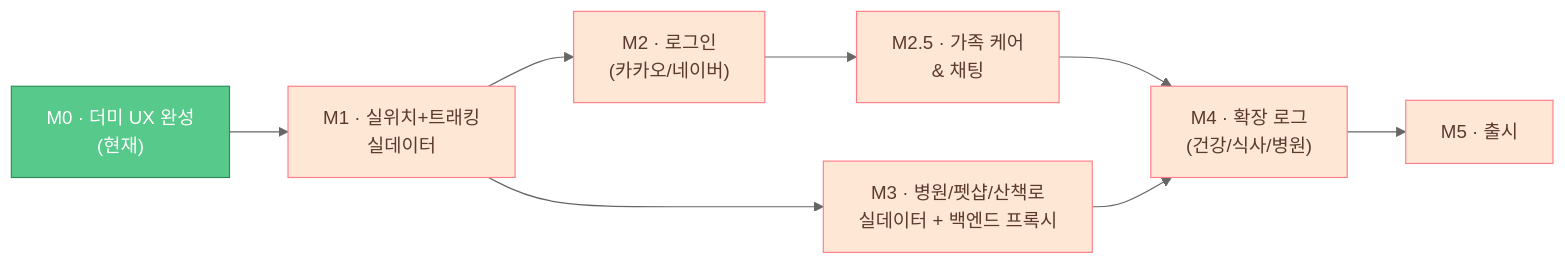
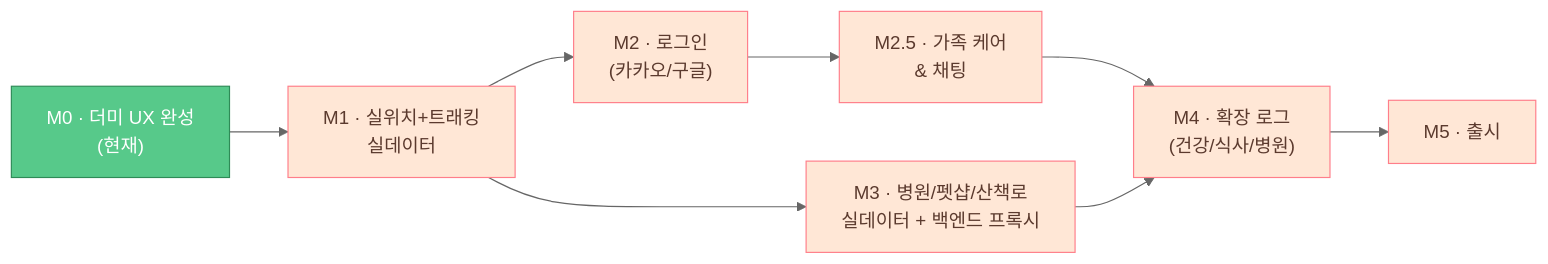
Before and after one commit to sanghyunbang/pawloop: the diagram in docs/05-build/roadmap.md, drawn with Mermaid (neutral theme). The commit also changed other lines of this file and 1 other file, not shown here.

First line of the commit message:
docs(build): 로드맵 M2 를 카카오·구글로 맞추고 "로그인 미구현" 을 걷어냅니다

````diff
--- a/docs/05-build/roadmap.md
+++ b/docs/05-build/roadmap.md
@@ -188,15 +189,15 @@
 ```mermaid
 flowchart LR
     M0["M0 · 더미 UX 완성<br/>(현재)"] --> M1["M1 · 실위치+트래킹<br/>실데이터"]
-    M1 --> M2["M2 · 로그인<br/>(카카오/네이버)"]
+    M1 --> M2["M2 · 로그인<br/>(카카오/구글)"]
     M1 --> M3["M3 · 병원/펫샵/산책로<br/>실데이터 + 백엔드 프록시"]
     M2 --> M25["M2.5 · 가족 케어<br/>& 채팅"]
     M25 --> M4["M4 · 확장 로그<br/>(건강/식사/병원)"]
     M3 --> M4
     M4 --> M5["M5 · 출시"]
 
     classDef done fill:#57C98A,stroke:#2E8B57,color:#fff;
     classDef todo fill:#FFE7D6,stroke:#FF7E8A,color:#5b3a2e;
     class M0 done;
     class M1,M2,M25,M3,M4,M5 todo;
 ```
````
